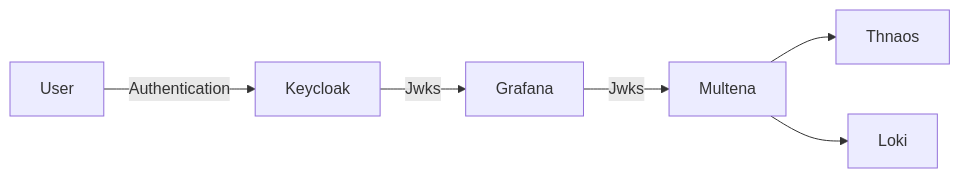
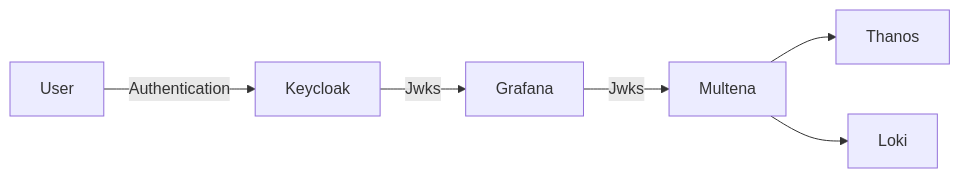
One commit to gepaplexx/multena-proxy changed the second of 2 diagrams in README.MD. Above: the diagram before and after it, drawn with Mermaid. The commit also changed other lines of this file, not shown here.

Commit message:
GPX-670: updated: + how does it work + added feature bearer token to the list + fixed typo in thanos + added badges

````diff
--- a/README.MD
+++ b/README.MD
@@ -70,8 +77,8 @@
 ```mermaid
 flowchart LR
     User -->|Authentication| Keycloak
     Keycloak -->|Jwks| Grafana
     Grafana -->|Jwks| Multena
-    Multena --> Thnaos
+    Multena --> Thanos
     Multena --> Loki
 ```
````
